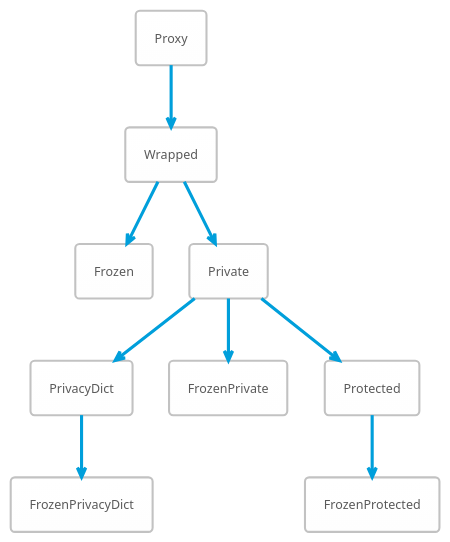
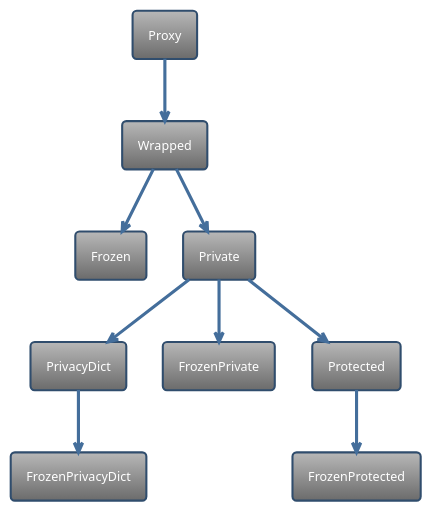
The diagram in classdiagram.puml (sundarnagarajan/pyprotect), drawn with PlantUML before and after one commit.

Commit message:
Trying themes

```diff
--- a/classdiagram.puml
+++ b/classdiagram.puml
@@ -2,29 +2,31 @@
 @startuml
 ' Create classdiagram.svg using command:
 ' java -jar plantuml.jar -tsvg classdiagram.puml
-!theme bluegray
+'!theme bluegray
+!theme spacelab
+
 skinparam linetype polyline
 'skinparam linetype ortho
  
 rectangle Proxy
 rectangle Wrapped
 rectangle Frozen
 rectangle Private
 rectangle PrivacyDict
 rectangle FrozenPrivacyDict
 rectangle FrozenPrivate
 rectangle Protected
 rectangle FrozenProtected
 
 Proxy --> Wrapped
 Wrapped --> Frozen
 Wrapped --> Private
 
 Private --> PrivacyDict
 Private --> FrozenPrivate
 Private --> Protected
 
 PrivacyDict --> FrozenPrivacyDict
 Protected --> FrozenProtected
 
 @enduml
```
